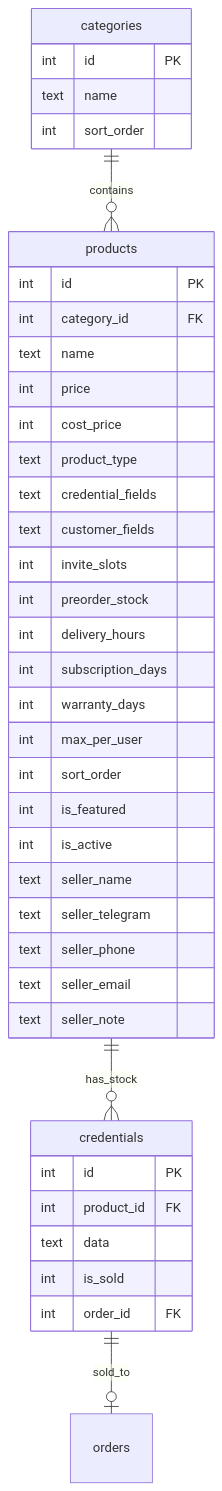
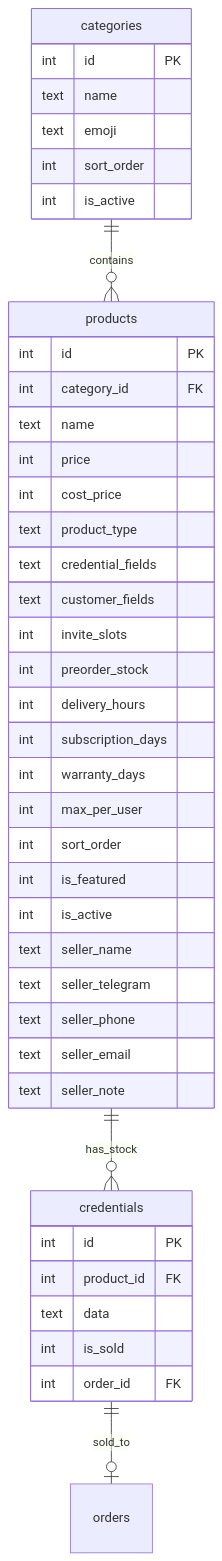
Before and after one commit to maingocanh1702/telegram-sales-bot: the first of 2 diagrams in docs/features/FE/feature_products.md, drawn with Mermaid. The commit also changed other lines of this file and 54 other files, not shown here.

First line of the commit message:
feat(bot): v2.3.0 — purchase flow, cart, i18n, categories, docs

````diff
--- a/docs/features/FE/feature_products.md
+++ b/docs/features/FE/feature_products.md
@@ -209,45 +209,47 @@
 ```mermaid
 erDiagram
     categories ||--o{ products : contains
     products ||--o{ credentials : has_stock
     credentials ||--o| orders : sold_to
 
     products {
         int id PK
         int category_id FK
         text name
         int price
         int cost_price
         text product_type
         text credential_fields
         text customer_fields
         int invite_slots
         int preorder_stock
         int delivery_hours
         int subscription_days
         int warranty_days
         int max_per_user
         int sort_order
         int is_featured
         int is_active
         text seller_name
         text seller_telegram
         text seller_phone
         text seller_email
         text seller_note
     }
 
     credentials {
         int id PK
         int product_id FK
         text data
         int is_sold
         int order_id FK
     }
 
     categories {
         int id PK
         text name
+        text emoji
         int sort_order
+        int is_active
     }
 ```
````
